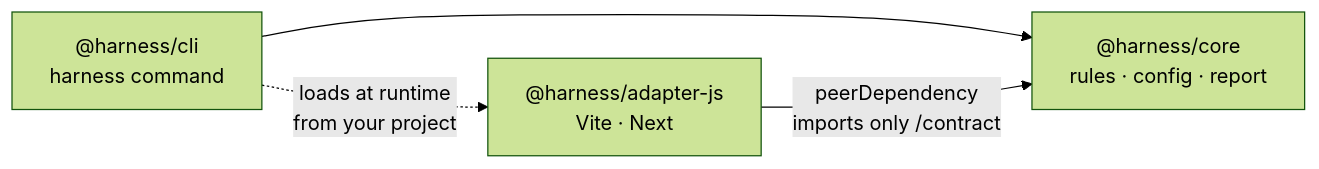
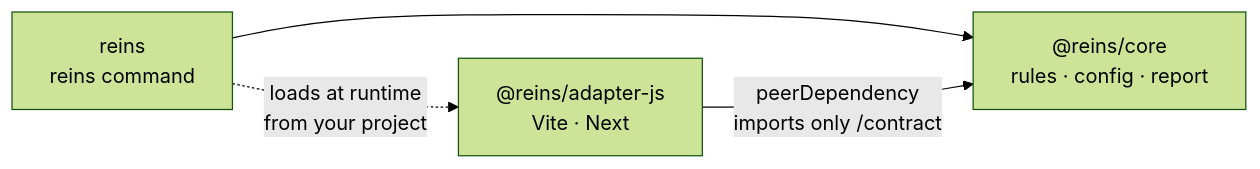
One commit to fredarcito/reins changed the seventh of 15 diagrams in README.md. Above: the diagram before and after it, drawn with Mermaid (forest theme). The commit also changed other lines of this file and 186 other files, not shown here.

````diff
--- a/README.md
+++ b/README.md
@@ -231,6 +231,6 @@
 ```mermaid
 flowchart LR
-    cli["@harness/cli<br/>harness command"] --> core["@harness/core<br/>rules · config · report"]
-    cli -. "loads at runtime<br/>from your project" .-> adapter["@harness/adapter-js<br/>Vite · Next"]
+    cli["reins<br/>reins command"] --> core["@reins/core<br/>rules · config · report"]
+    cli -. "loads at runtime<br/>from your project" .-> adapter["@reins/adapter-js<br/>Vite · Next"]
     adapter -- "peerDependency<br/>imports only /contract" --> core
 ```
````
